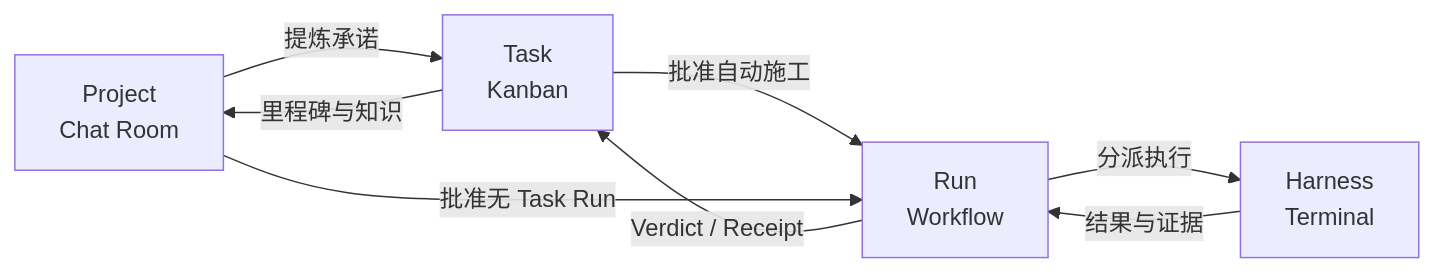
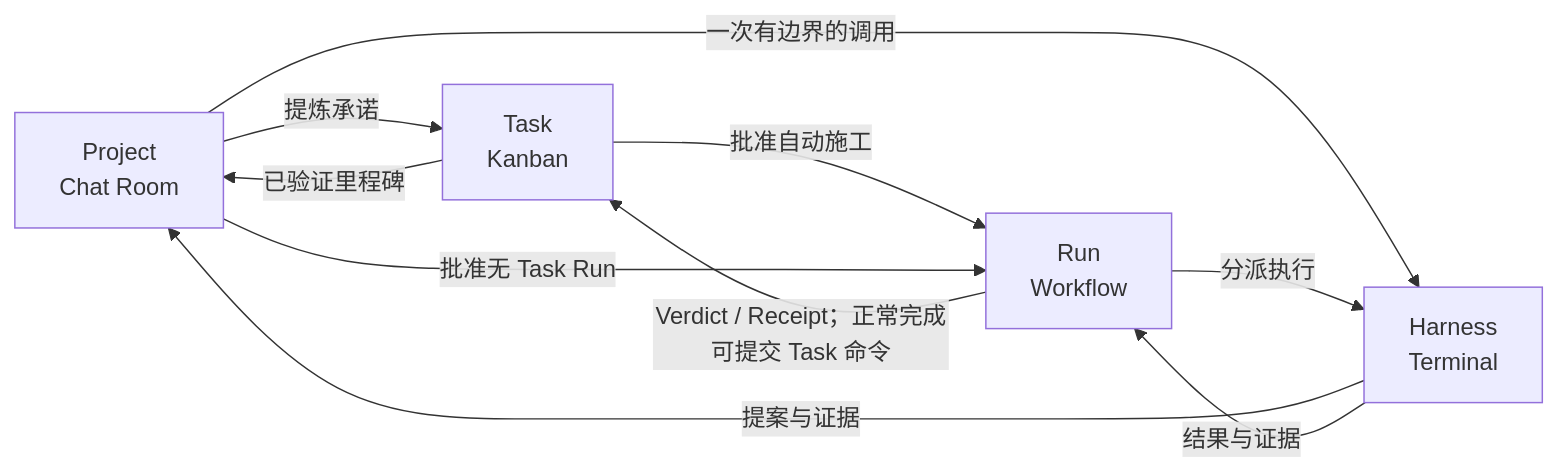
Before and after one commit to yesme/hctl2: the first of 2 diagrams in README.md, drawn with Mermaid. The commit also changed other lines of this file and 12 other files, not shown here.

````diff
--- a/README.md
+++ b/README.md
@@ -29,10 +30,12 @@
 ```mermaid
 flowchart LR
     P["Project\nChat Room"] -->|提炼承诺| T["Task\nKanban"]
     T -->|批准自动施工| R["Run\nWorkflow"]
     P -->|批准无 Task Run| R
-    R -->|分派执行| H["Harness\nTerminal"]
+    P -->|一次有边界的调用| H["Harness\nTerminal"]
+    R -->|分派执行| H
+    H -->|提案与证据| P
     H -->|结果与证据| R
-    R -->|Verdict / Receipt| T
-    T -->|里程碑与知识| P
+    R -->|Verdict / Receipt；正常完成可提交 Task 命令| T
+    T -->|已验证里程碑| P
 ```
````
